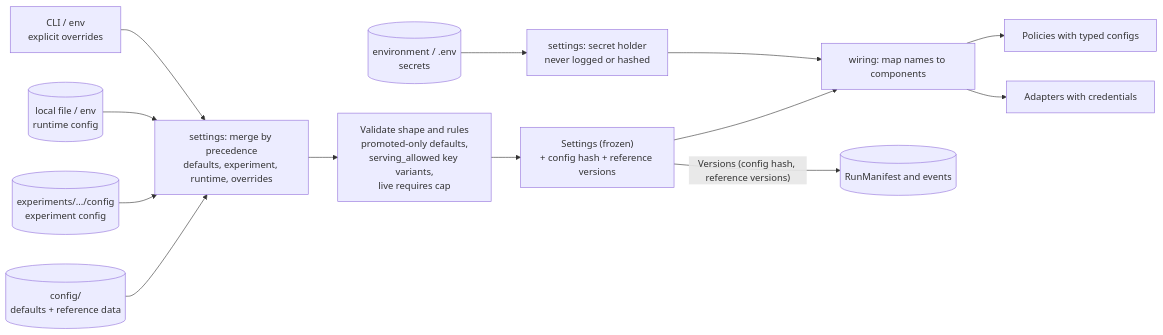
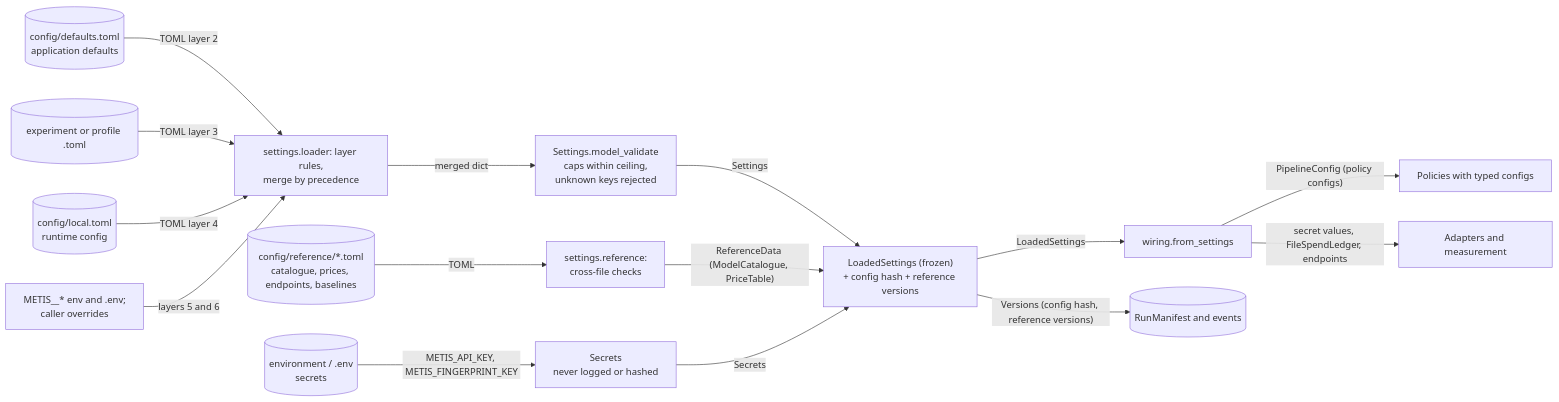
Before and after one commit to mahyamotamedi/metis-auto: the diagram in docs/architecture/configuration.md, drawn with Mermaid. The commit also changed other lines of this file and 52 other files, not shown here.

Commit message:
Stage 6: settings, config, spend ledger, .env, Docker (verified)

````diff
--- a/docs/architecture/configuration.md
+++ b/docs/architecture/configuration.md
@@ -25,16 +25,18 @@
 ```mermaid
 %% Question: how are config layers merged, how do secrets travel separately, and how does config become components?
 flowchart LR
-    defaults[("config/<br/>defaults + reference data")] --> merge
-    exp[("experiments/.../config<br/>experiment config")] --> merge
-    runtime[("local file / env<br/>runtime config")] --> merge
-    over["CLI / env<br/>explicit overrides"] --> merge
-    merge["settings: merge by precedence<br/>defaults, experiment, runtime, overrides"] --> validate["Validate shape and rules<br/>promoted-only defaults,<br/>serving_allowed key variants,<br/>live requires cap"]
-    validate --> frozen["Settings (frozen)<br/>+ config hash + reference versions"]
-    envsec[("environment / .env<br/>secrets")] --> secrets["settings: secret holder<br/>never logged or hashed"]
-    frozen --> wiring["wiring: map names to components"]
-    secrets --> wiring
-    wiring --> comps["Policies with typed configs"]
-    wiring --> adapters["Adapters with credentials"]
+    defaults[("config/defaults.toml<br/>application defaults")] -- "TOML layer 2" --> merge
+    exp[("experiment or profile .toml")] -- "TOML layer 3" --> merge
+    runtime[("config/local.toml<br/>runtime config")] -- "TOML layer 4" --> merge
+    over["METIS__* env and .env;<br/>caller overrides"] -- "layers 5 and 6" --> merge
+    merge["settings.loader: layer rules,<br/>merge by precedence"] -- "merged dict" --> validate["Settings.model_validate<br/>caps within ceiling,<br/>unknown keys rejected"]
+    refs[("config/reference/*.toml<br/>catalogue, prices, endpoints, baselines")] -- "TOML" --> reader["settings.reference:<br/>cross-file checks"]
+    validate -- "Settings" --> frozen["LoadedSettings (frozen)<br/>+ config hash + reference versions"]
+    reader -- "ReferenceData (ModelCatalogue, PriceTable)" --> frozen
+    envsec[("environment / .env<br/>secrets")] -- "METIS_API_KEY, METIS_FINGERPRINT_KEY" --> secrets["Secrets<br/>never logged or hashed"]
+    secrets -- "Secrets" --> frozen
+    frozen -- "LoadedSettings" --> wiring["wiring.from_settings"]
+    wiring -- "PipelineConfig (policy configs)" --> comps["Policies with typed configs"]
+    wiring -- "secret values, FileSpendLedger, endpoints" --> adapters["Adapters and measurement"]
     frozen -- "Versions (config hash, reference versions)" --> manifest[("RunManifest and events")]
 ```
````
